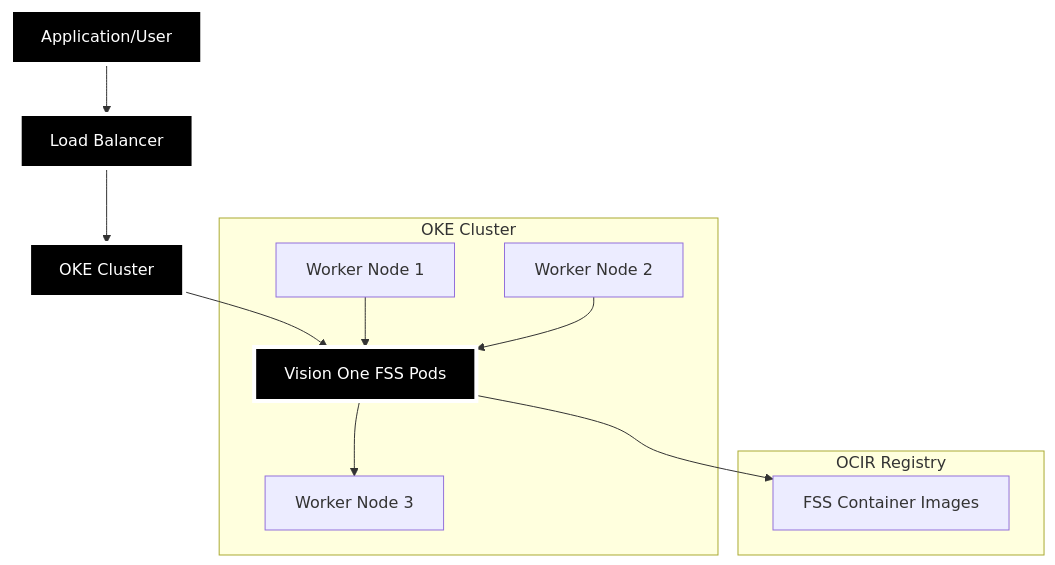
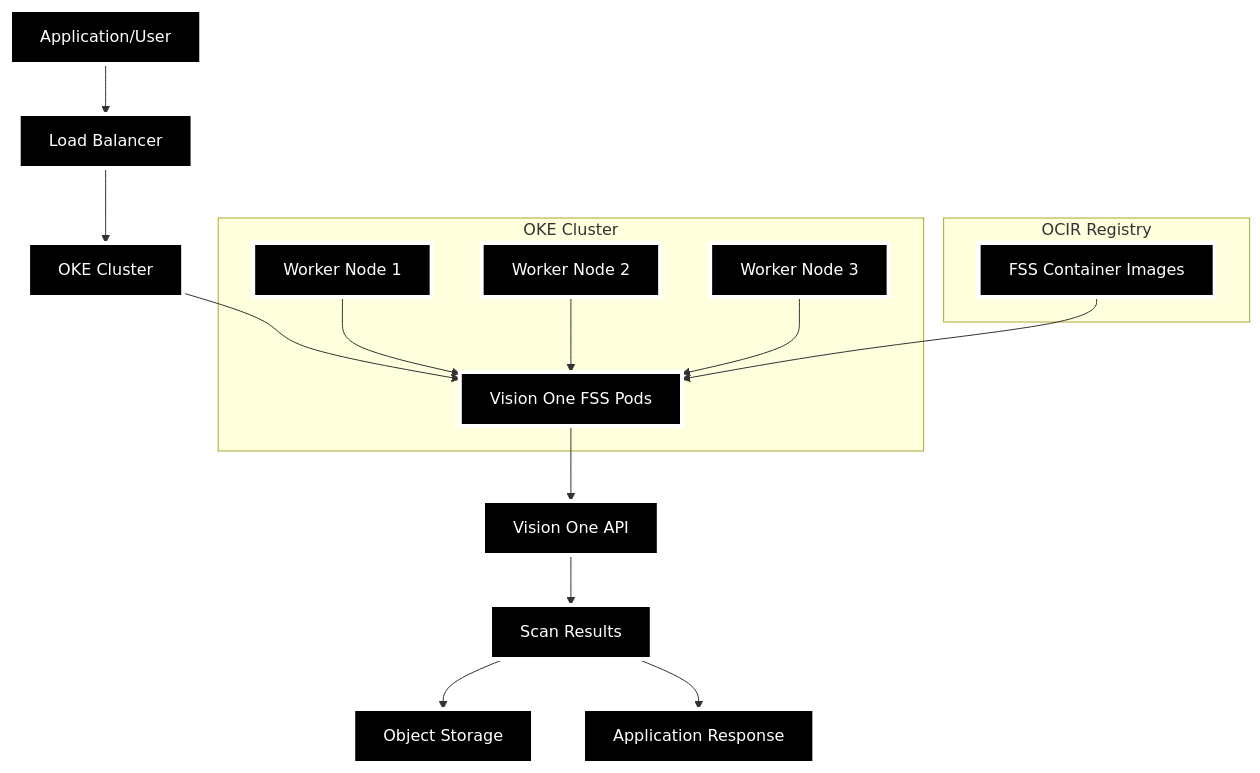
One commit to uragupathy-trend/v1-fss-oke-scanengine changed the diagram in README.md. Above: the diagram before and after it, drawn with Mermaid.

Commit message:
Update architecture diagram: Show pods pulling images from OCIR registry (correct Kubernetes flow)

````diff
--- a/README.md
+++ b/README.md
@@ -7,28 +7,38 @@
 ```mermaid
 flowchart TB
     A[Application/User] --> B[Load Balancer]
     B --> C[OKE Cluster]
     C --> D[Vision One FSS Pods]
-   
+    D --> E[Vision One API]
+    E --> F[Scan Results]
+    F --> G[Object Storage]
+    F --> H[Application Response]
     
     subgraph OKE["OKE Cluster"]
         C1[Worker Node 1]
         C2[Worker Node 2]
         C3[Worker Node 3]
         C1 --> D
         C2 --> D
-        D --> C3
+        C3 --> D
     end
     
     subgraph Registry["OCIR Registry"]
         I[FSS Container Images]
     end
     
-    D --> I
+    I --> D
     
     style A fill:#000000,stroke:#ffffff,stroke-width:4px,color:#ffffff
     style B fill:#000000,stroke:#ffffff,stroke-width:4px,color:#ffffff
     style C fill:#000000,stroke:#ffffff,stroke-width:4px,color:#ffffff
     style D fill:#000000,stroke:#ffffff,stroke-width:4px,color:#ffffff
-  
+    style E fill:#000000,stroke:#ffffff,stroke-width:4px,color:#ffffff
+    style F fill:#000000,stroke:#ffffff,stroke-width:4px,color:#ffffff
+    style G fill:#000000,stroke:#ffffff,stroke-width:4px,color:#ffffff
+    style H fill:#000000,stroke:#ffffff,stroke-width:4px,color:#ffffff
+    style C1 fill:#000000,stroke:#ffffff,stroke-width:4px,color:#ffffff
+    style C2 fill:#000000,stroke:#ffffff,stroke-width:4px,color:#ffffff
+    style C3 fill:#000000,stroke:#ffffff,stroke-width:4px,color:#ffffff
+    style I fill:#000000,stroke:#ffffff,stroke-width:4px,color:#ffffff
 ```
````
